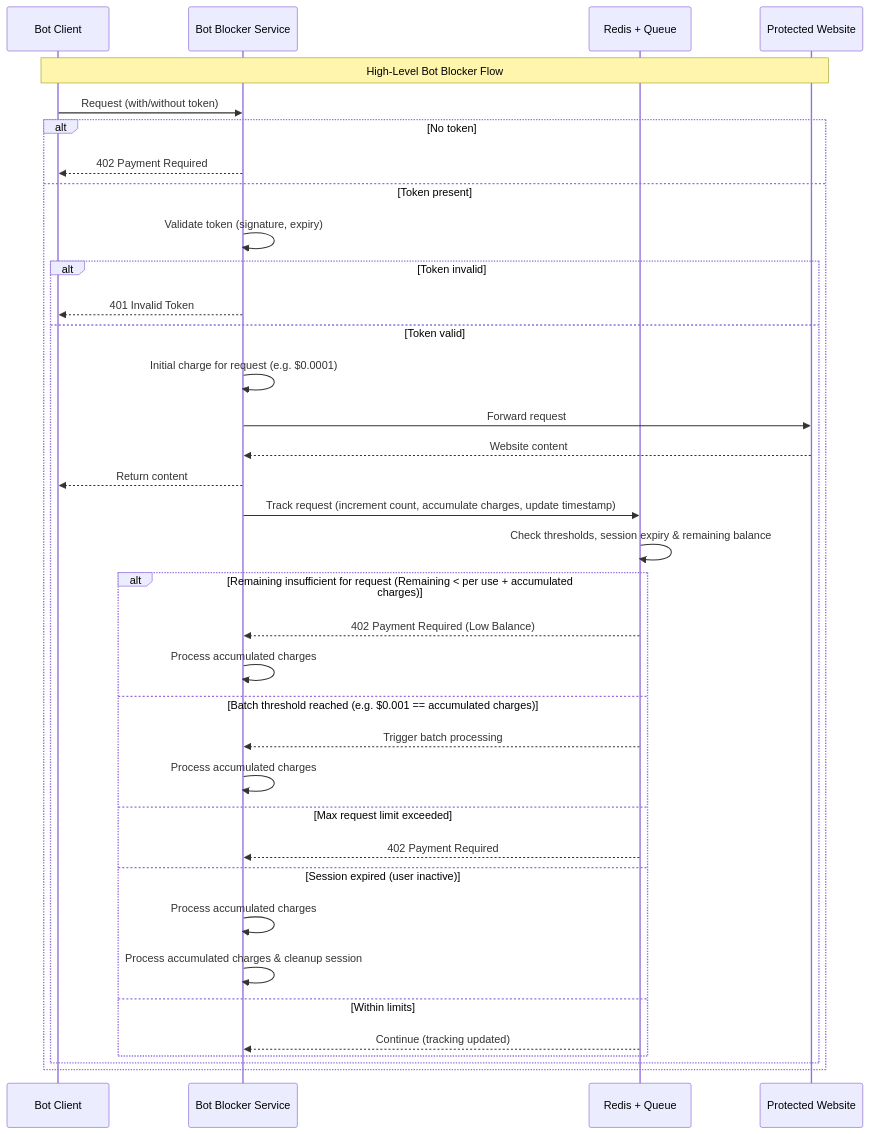
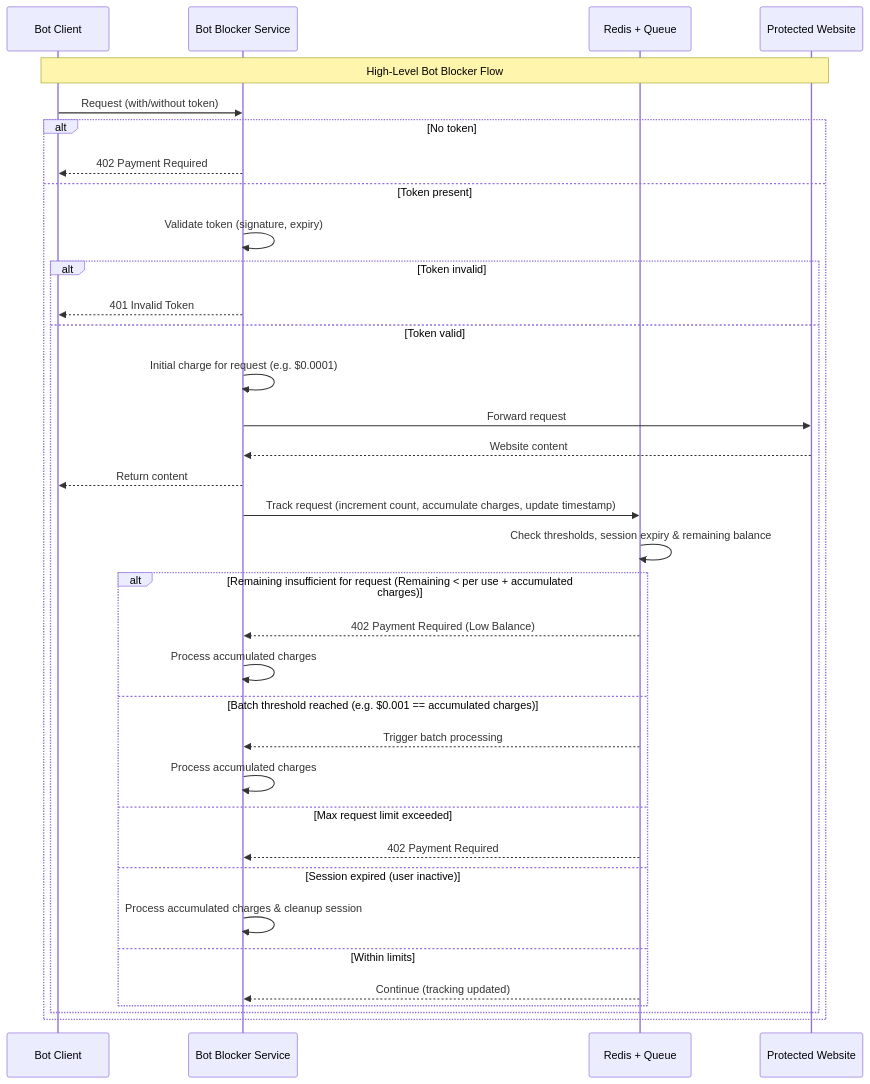
Before and after one commit to skyfire-xyz/skyfire-solutions-smart-web-crawler-demo: the diagram in README.md, drawn with Mermaid. The commit also changed 3 other files, not shown here.

````diff
--- a/README.md
+++ b/README.md
@@ -21,44 +21,43 @@
 ```mermaid
 sequenceDiagram
     participant BC as Bot Client
     participant BBS as Bot Blocker Service
     participant RQ as Redis + Queue
     participant PW as Protected Website
 
     Note over BC, PW: High-Level Bot Blocker Flow
 
     BC->>BBS: Request (with/without token)
 
     alt No token
         BBS-->>BC: 402 Payment Required
     else Token present
         BBS->>BBS: Validate token (signature, expiry)
 
         alt Token invalid
             BBS-->>BC: 401 Invalid Token
         else Token valid
             BBS->>BBS: Initial charge for request (e.g. $0.0001)
             BBS->>PW: Forward request
             PW-->>BBS: Website content
             BBS-->>BC: Return content
 
             BBS->>RQ: Track request (increment count, accumulate charges, update timestamp)
             RQ->>RQ: Check thresholds, session expiry & remaining balance
 
             alt Remaining insufficient for request (Remaining < per use + accumulated charges)
                 RQ-->>BBS: 402 Payment Required (Low Balance)
                 BBS->>BBS: Process accumulated charges
             else Batch threshold reached (e.g. $0.001 == accumulated charges)
                 RQ-->>BBS: Trigger batch processing
                 BBS->>BBS: Process accumulated charges
             else Max request limit exceeded
                 RQ-->>BBS: 402 Payment Required
             else Session expired (user inactive)
-                BBS->>BBS: Process accumulated charges
                 BBS->>BBS: Process accumulated charges & cleanup session
             else Within limits
                 RQ-->>BBS: Continue (tracking updated)
             end
         end
     end
 ```
````
